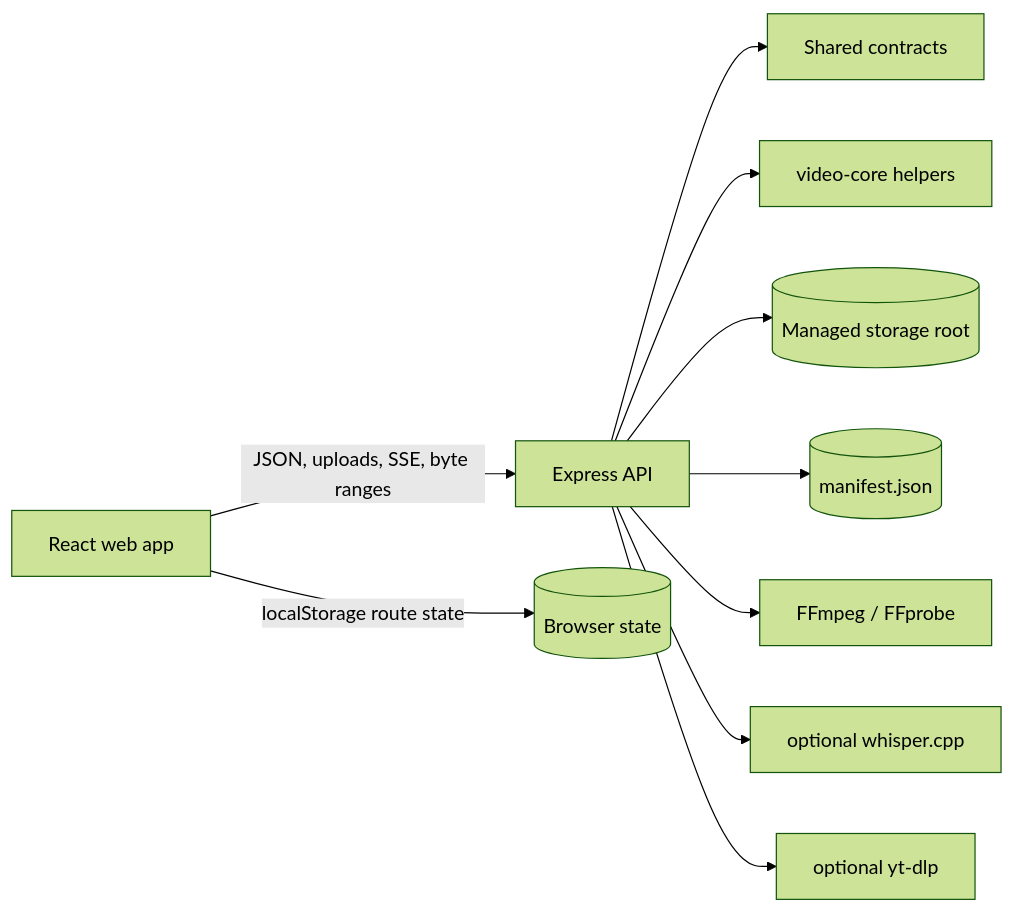
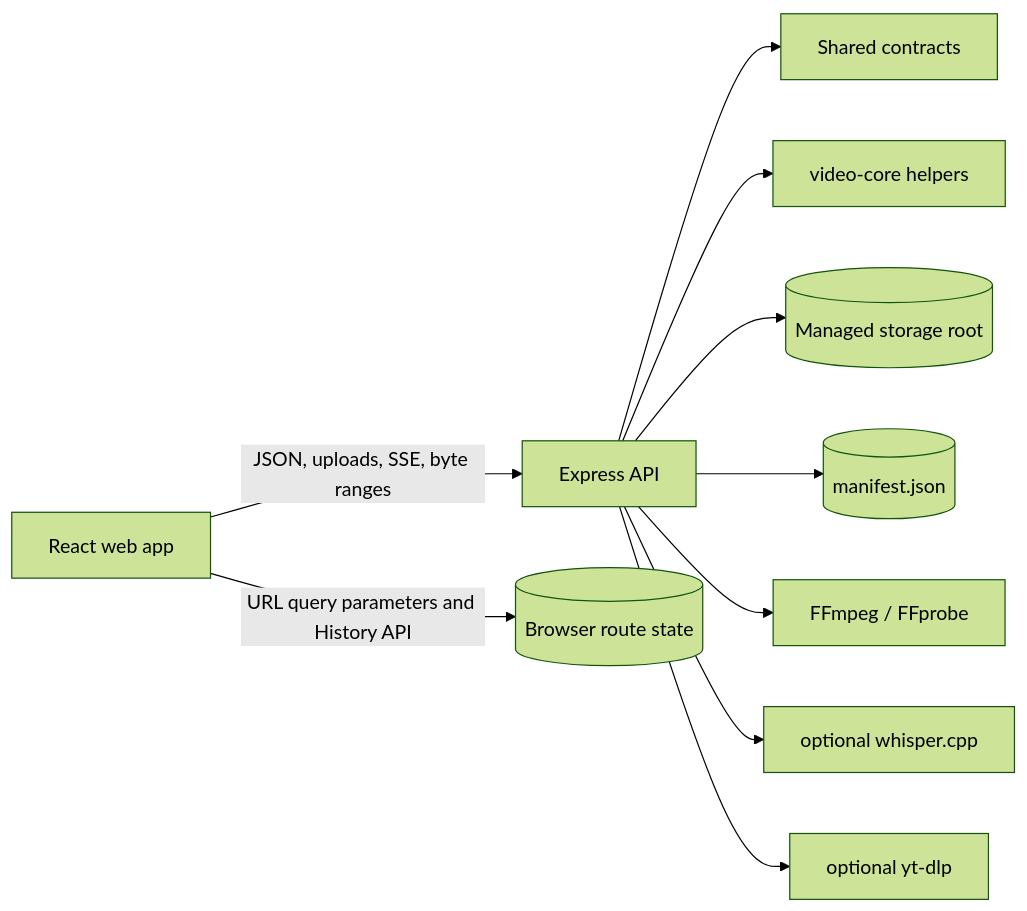
One commit to Artsen/web-video-optimizer changed the first of 4 diagrams in docs/architecture.md. Above: the diagram before and after it, drawn with Mermaid (forest theme). The commit also changed other lines of this file and 34 other files, not shown here.

````diff
--- a/docs/architecture.md
+++ b/docs/architecture.md
@@ -7,12 +7,12 @@
 ```mermaid
 flowchart LR
   Browser[React web app] -->|JSON, uploads, SSE, byte ranges| API[Express API]
   API --> Contracts[Shared contracts]
   API --> Core[video-core helpers]
   API --> Storage[(Managed storage root)]
   API --> Manifest[(manifest.json)]
   API --> FFmpeg[FFmpeg / FFprobe]
   API --> Whisper[optional whisper.cpp]
   API --> YtDlp[optional yt-dlp]
-  Browser -->|localStorage route state| BrowserState[(Browser state)]
+  Browser -->|URL query parameters and History API| BrowserState[(Browser route state)]
 ```
````
